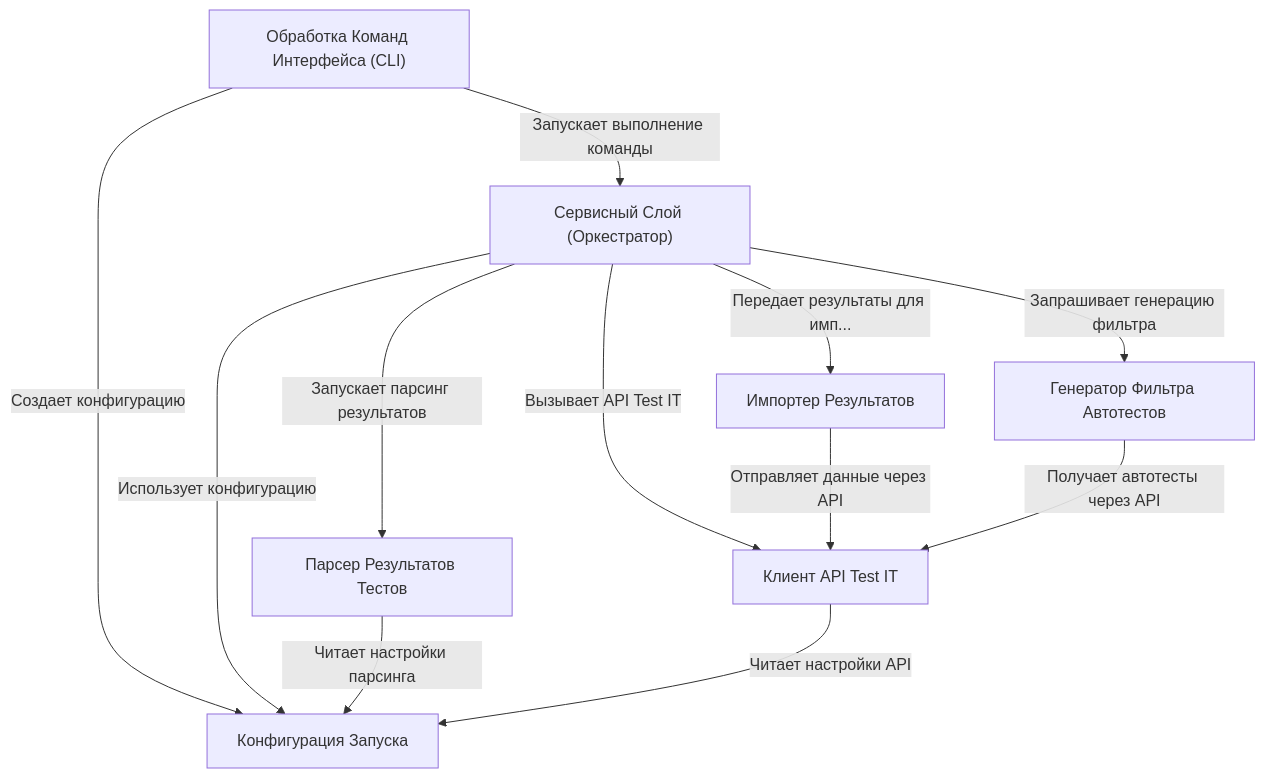
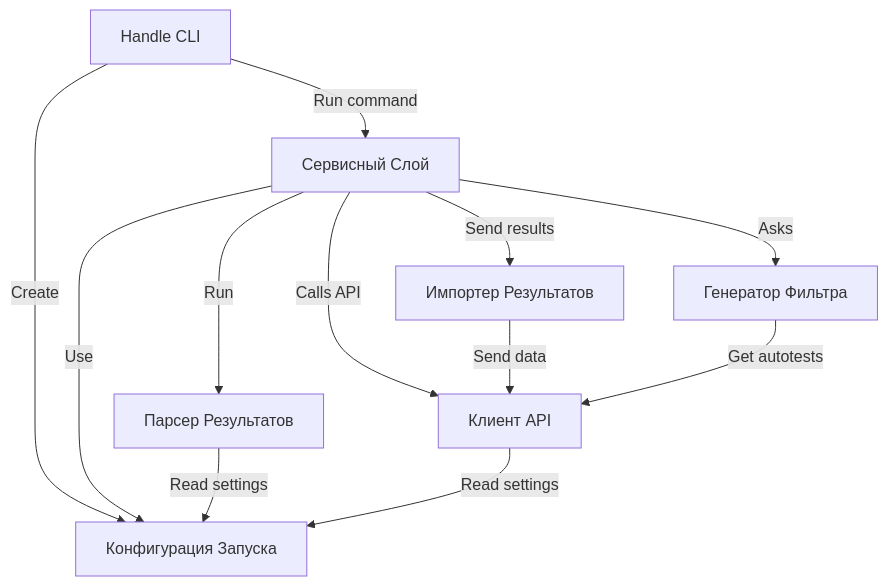
One commit to testit-tms/testit-cli changed the diagram in docs/index.md. Above: the diagram before and after it, drawn with Mermaid.

Commit message:
chore: docs update

````diff
--- a/docs/index.md
+++ b/docs/index.md
@@ -14,28 +14,28 @@
 ```mermaid
 flowchart TD
-    A0["Обработка Команд Интерфейса (CLI)
+    A0["Handle CLI
 "]
     A1["Конфигурация Запуска
 "]
-    A2["Клиент API Test IT
+    A2["Клиент API
 "]
-    A3["Парсер Результатов Тестов
+    A3["Парсер Результатов
 "]
     A4["Импортер Результатов
 "]
-    A5["Сервисный Слой (Оркестратор)
+    A5["Сервисный Слой
 "]
-    A6["Генератор Фильтра Автотестов
+    A6["Генератор Фильтра
 "]
-    A0 -- "Создает конфигурацию" --> A1
-    A0 -- "Запускает выполнение команды" --> A5
-    A5 -- "Использует конфигурацию" --> A1
-    A5 -- "Запускает парсинг результатов" --> A3
-    A5 -- "Передает результаты для имп..." --> A4
-    A5 -- "Вызывает API Test IT" --> A2
-    A5 -- "Запрашивает генерацию фильтра" --> A6
-    A3 -- "Читает настройки парсинга" --> A1
-    A4 -- "Отправляет данные через API" --> A2
-    A6 -- "Получает автотесты через API" --> A2
-    A2 -- "Читает настройки API" --> A1
+    A0 -- "Create" --> A1
+    A0 -- "Run command" --> A5
+    A5 -- "Use" --> A1
+    A5 -- "Run" --> A3
+    A5 -- "Send results" --> A4
+    A5 -- "Calls API" --> A2
+    A5 -- "Asks" --> A6
+    A3 -- "Read settings" --> A1
+    A4 -- "Send data" --> A2
+    A6 -- "Get autotests" --> A2
+    A2 -- "Read settings" --> A1
 ```
````
